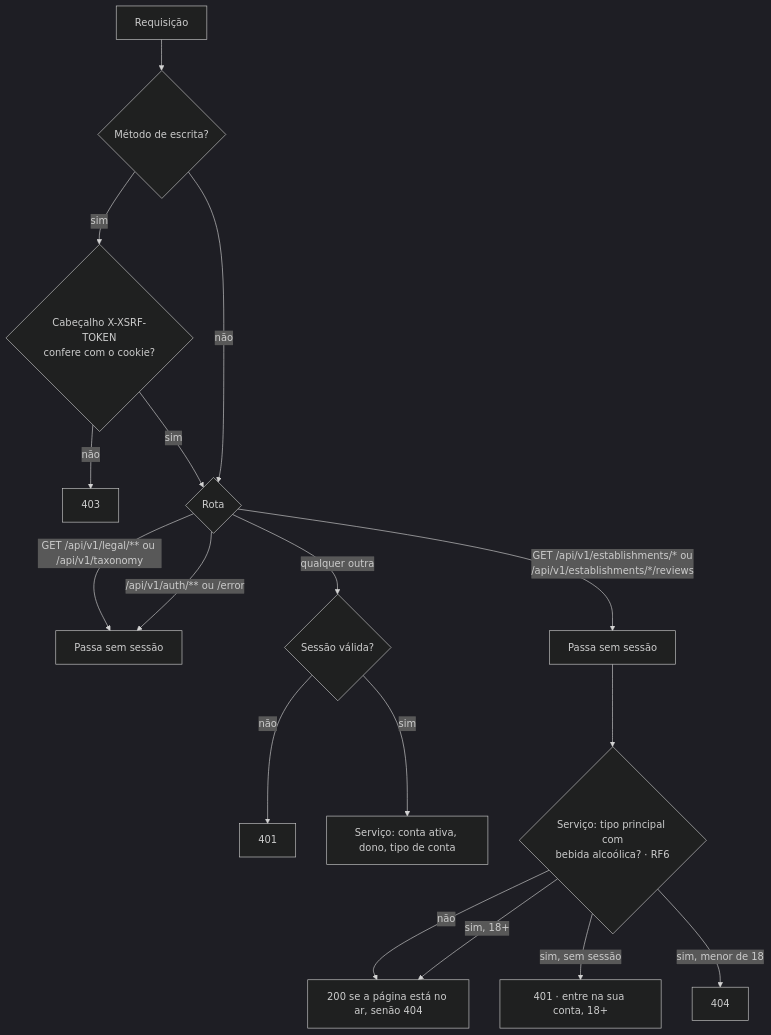
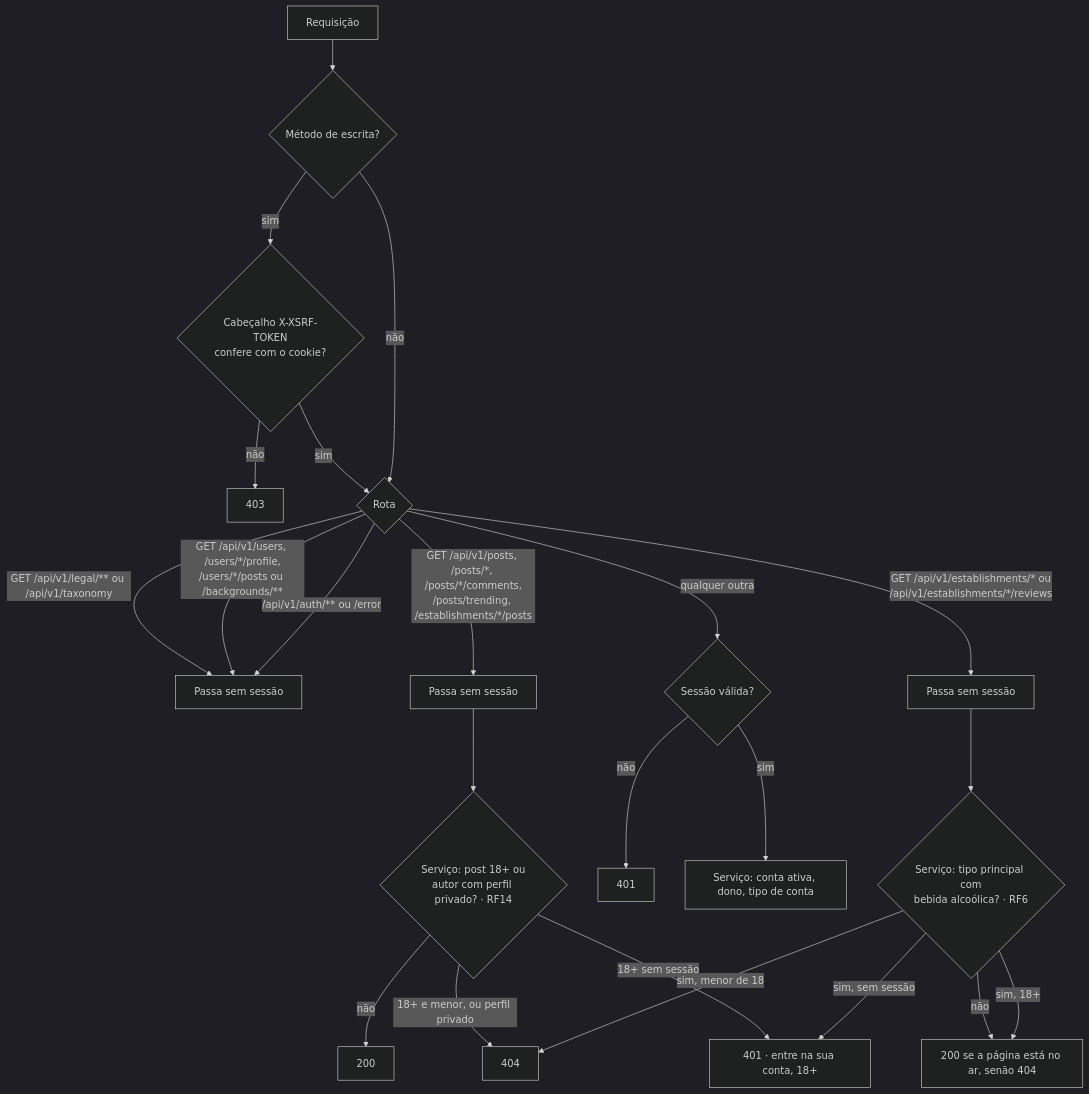
One commit to MatheusHaliski/Friendly-Eats changed the second of 2 diagrams in docs/RF4/atividades.md. Above: the diagram before and after it, drawn with Mermaid (dark theme). The commit also changed 94 other files, not shown here.

````diff
--- a/docs/RF4/atividades.md
+++ b/docs/RF4/atividades.md
@@ -25,19 +25,25 @@
 ```mermaid
 flowchart TD
     R[Requisição] --> W{Método de escrita?}
     W -- sim --> X{Cabeçalho X-XSRF-TOKEN<br/>confere com o cookie?}
     X -- não --> F403[403]
     X -- sim --> M
     W -- não --> M{Rota}
     M -- "GET /api/v1/legal/** ou /api/v1/taxonomy" --> OK[Passa sem sessão]
     M -- "GET /api/v1/establishments/* ou<br/>/api/v1/establishments/*/reviews" --> OKE[Passa sem sessão]
+    M -- "GET /api/v1/posts, /posts/*, /posts/*/comments,<br/>/posts/trending, /establishments/*/posts" --> OKP[Passa sem sessão]
+    M -- "GET /api/v1/users, /users/*/profile,<br/>/users/*/posts ou /backgrounds/**" --> OK
+    OKP --> PA{Serviço: post 18+ ou<br/>autor com perfil privado? · RF14}
+    PA -- "18+ sem sessão" --> A401
+    PA -- "18+ e menor, ou perfil privado" --> N404
+    PA -- não --> PP[200]
     M -- "/api/v1/auth/** ou /error" --> OK
     M -- "qualquer outra" --> S{Sessão válida?}
     S -- não --> U401[401]
     S -- sim --> SRV[Serviço: conta ativa, dono, tipo de conta]
     OKE --> AL{Serviço: tipo principal com<br/>bebida alcoólica? · RF6}
     AL -- não --> PG[200 se a página está no ar, senão 404]
     AL -- "sim, sem sessão" --> A401[401 · entre na sua conta, 18+]
     AL -- "sim, menor de 18" --> N404[404]
     AL -- "sim, 18+" --> PG
 ```
````
